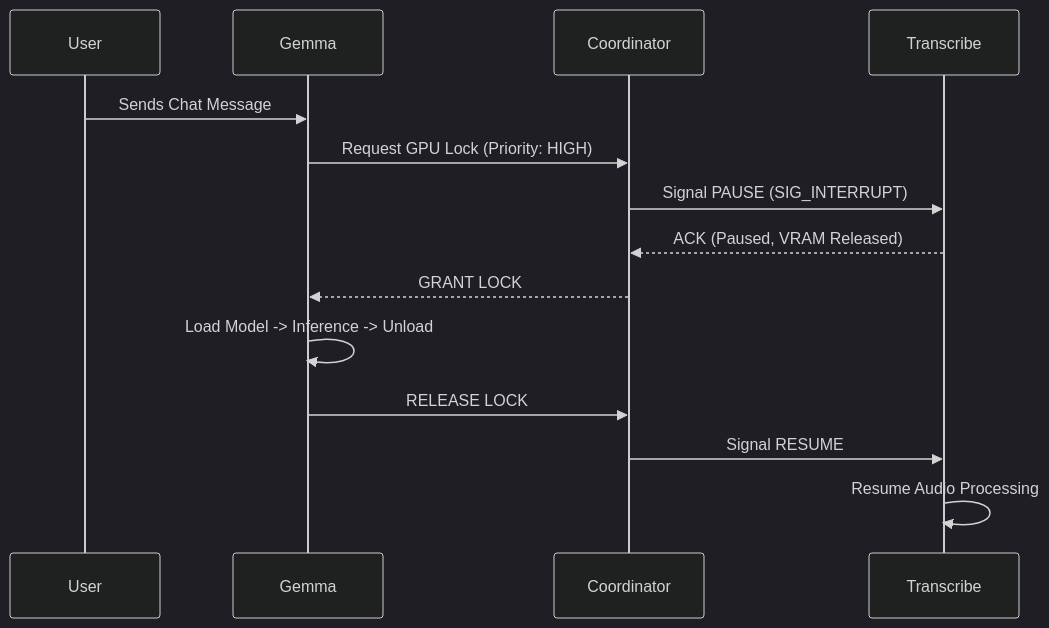
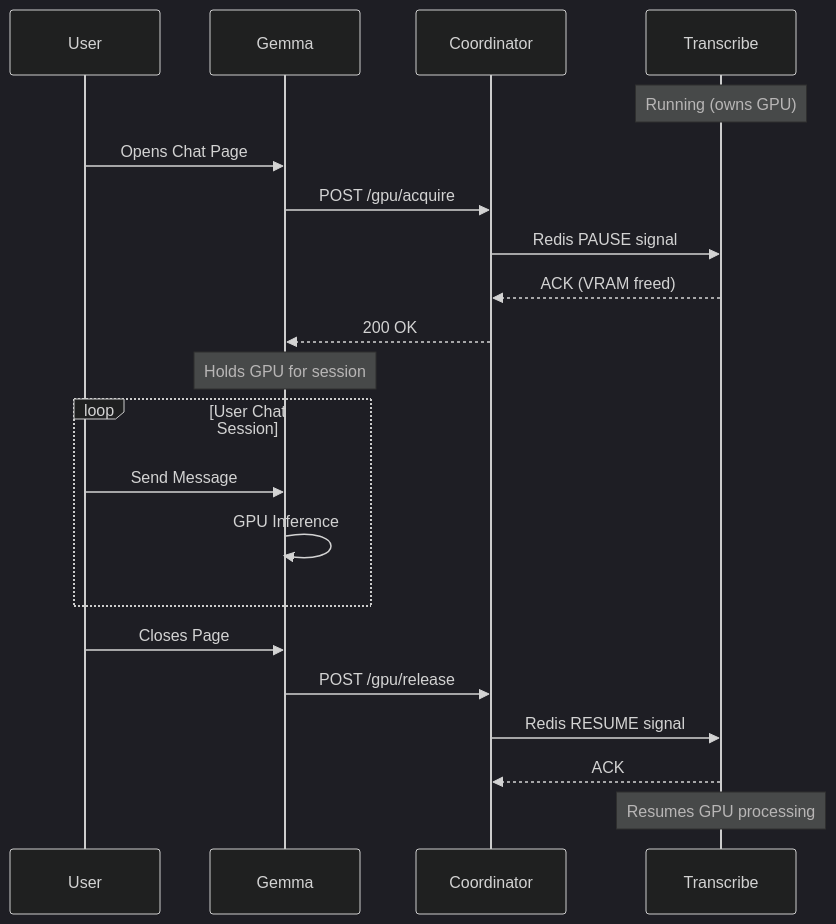
One commit to pruittcolon/Vox_Amelior changed the second of 2 diagrams in services/queue-service/README.md. Above: the diagram before and after it, drawn with Mermaid (dark theme). The commit also changed other lines of this file and 125 other files, not shown here.

Commit message:
chore: save work in progress - checkpointing all pending changes (bypassed missing architecture check)

````diff
--- a/services/queue-service/README.md
+++ b/services/queue-service/README.md
@@ -24,17 +56,29 @@
 ```mermaid
 sequenceDiagram
     participant User
     participant Gemma
     participant Coordinator
     participant Transcribe
 
-    User->>Gemma: Sends Chat Message
-    Gemma->>Coordinator: Request GPU Lock (Priority: HIGH)
-    Coordinator->>Transcribe: Signal PAUSE (SIG_INTERRUPT)
-    Transcribe-->>Coordinator: ACK (Paused, VRAM Released)
-    Coordinator-->>Gemma: GRANT LOCK
-    Gemma->>Gemma: Load Model -> Inference -> Unload
-    Gemma->>Coordinator: RELEASE LOCK
-    Coordinator->>Transcribe: Signal RESUME
-    Transcribe->>Transcribe: Resume Audio Processing
+    Note over Transcribe: Running (owns GPU)
+    
+    User->>Gemma: Opens Chat Page
+    Gemma->>Coordinator: POST /gpu/acquire
+    Coordinator->>Transcribe: Redis PAUSE signal
+    Transcribe-->>Coordinator: ACK (VRAM freed)
+    Coordinator-->>Gemma: 200 OK
+    
+    Note over Gemma: Holds GPU for session
+    
+    loop User Chat Session
+        User->>Gemma: Send Message
+        Gemma->>Gemma: GPU Inference
+    end
+    
+    User->>Gemma: Closes Page
+    Gemma->>Coordinator: POST /gpu/release
+    Coordinator->>Transcribe: Redis RESUME signal
+    Transcribe-->>Coordinator: ACK
+    
+    Note over Transcribe: Resumes GPU processing
 ```
````
